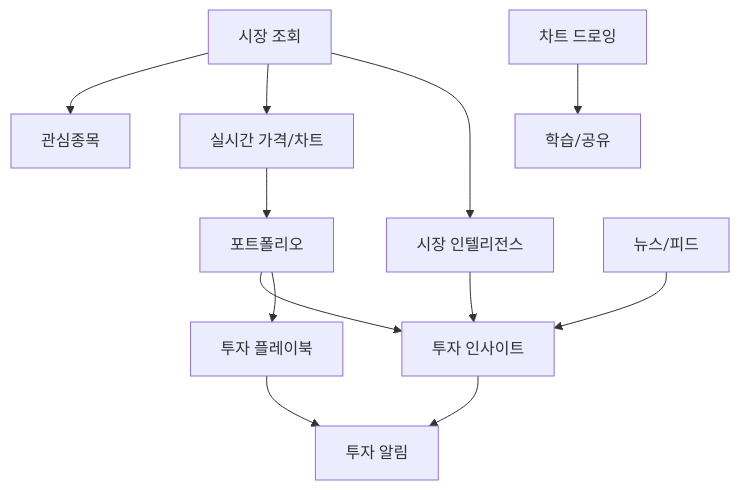
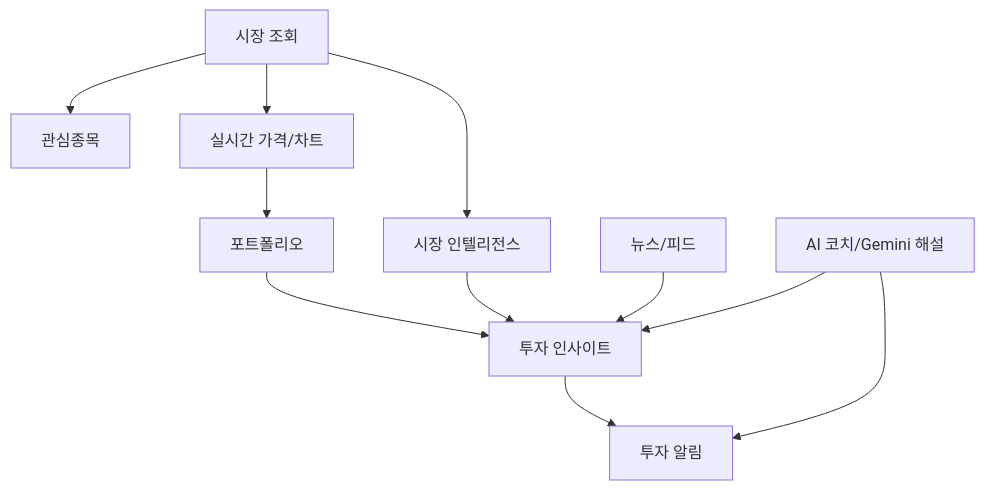
One commit to kwangyoulsagong/SALT changed the first of 2 diagrams in pm/reports/feature-audits/2026-05-24-investment-backend-report.md. Above: the diagram before and after it, drawn with Mermaid. The commit also changed other lines of this file and 6 other files, not shown here.

````diff
--- a/pm/reports/feature-audits/2026-05-24-investment-backend-report.md
+++ b/pm/reports/feature-audits/2026-05-24-investment-backend-report.md
@@ -54,14 +54,13 @@
 ```mermaid
 flowchart TD
   Market[시장 조회] --> Watchlist[관심종목]
   Market --> Realtime[실시간 가격/차트]
   Realtime --> Portfolio[포트폴리오]
   Portfolio --> Insight[투자 인사이트]
   Market --> Intelligence[시장 인텔리전스]
   Intelligence --> Insight
   Insight --> Notification[투자 알림]
-  Portfolio --> Playbook[투자 플레이북]
-  Playbook --> Notification
   News[뉴스/피드] --> Insight
-  Drawing[차트 드로잉] --> Learning[학습/공유]
+  Coach[AI 코치/Gemini 해설] --> Insight
+  Coach --> Notification
 ```
````
